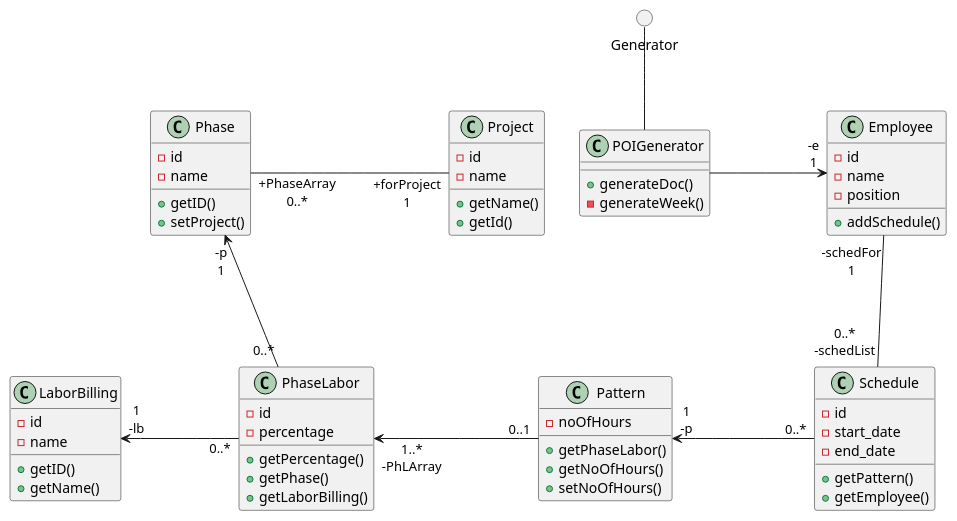
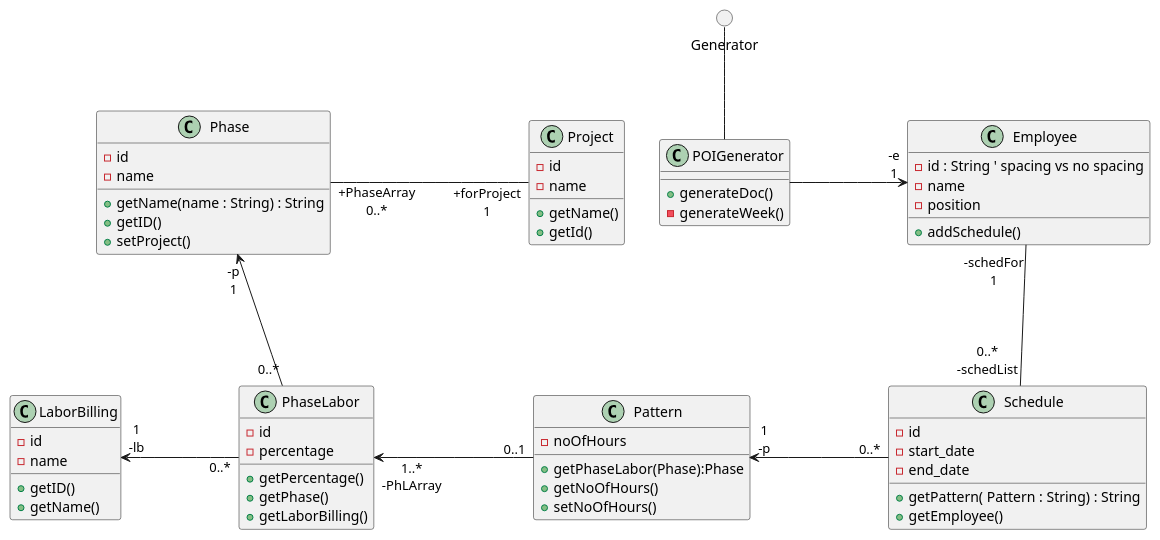
The diagram in artefacts/scripts/p4.puml (sh4r10/thesis-autogen-classdiagrams), drawn with PlantUML before and after one commit. The commit also changed 3 other files, not shown here.

```diff
--- a/artefacts/scripts/p4.puml
+++ b/artefacts/scripts/p4.puml
@@ -1,72 +1,71 @@
 @startuml
 ' Class declarations
 class Project {
   - id
   - name
   + getName()
   + getId()
 }
 
-
+class Phase {
+  - id
+  - name
+  + getName(name : String) : String
+  + getID()
+  + setProject()
+}
 
 class POIGenerator {
   + generateDoc()
   - generateWeek()
 }
 
-class Phase {
-  - id
-  - name
-  + getID()
-  + setProject()
-}
-
 class Employee {
-  - id
+  - id : String ' spacing vs no spacing
   - name
   - position 
   + addSchedule()
 }
 
 class Schedule {
   - id 
   - start_date
   - end_date
-  + getPattern()
+  + getPattern( Pattern : String) : String
   + getEmployee()
 }
 
 class Pattern {
   - noOfHours
-  + getPhaseLabor()
+  + getPhaseLabor(Phase):Phase
   + getNoOfHours()
   + setNoOfHours()
 }
 
 class PhaseLabor {
   - id 
   - percentage
   + getPercentage()
   + getPhase()
   + getLaborBilling()
 }
 
 class LaborBilling {
   - id 
   - name
   + getID()
   + getName()
 }
 
 circle Generator
 
 ' Relationships
 Project "+forProject\n1" -l-  "+PhaseArray\n0..*" Phase : \t\t\t\t\t\t
 Generator -d- POIGenerator
 POIGenerator -r--> "-e\n1" Employee: \t\t\t
 Employee "-schedFor\n1" -d- "0..*\n-schedList" Schedule: \n\n\n
 Schedule "0..*" -l-> "1\n-p" Pattern: \t\t\t
 Pattern "0..1" -l-> "1..*\n-PhLArray" PhaseLabor: \t\t\t
 PhaseLabor "0..*" -l-> "1\n-lb" LaborBilling: \t\t\t
 PhaseLabor "0..*" -u-> "-p\n1" Phase
 @enduml
```
